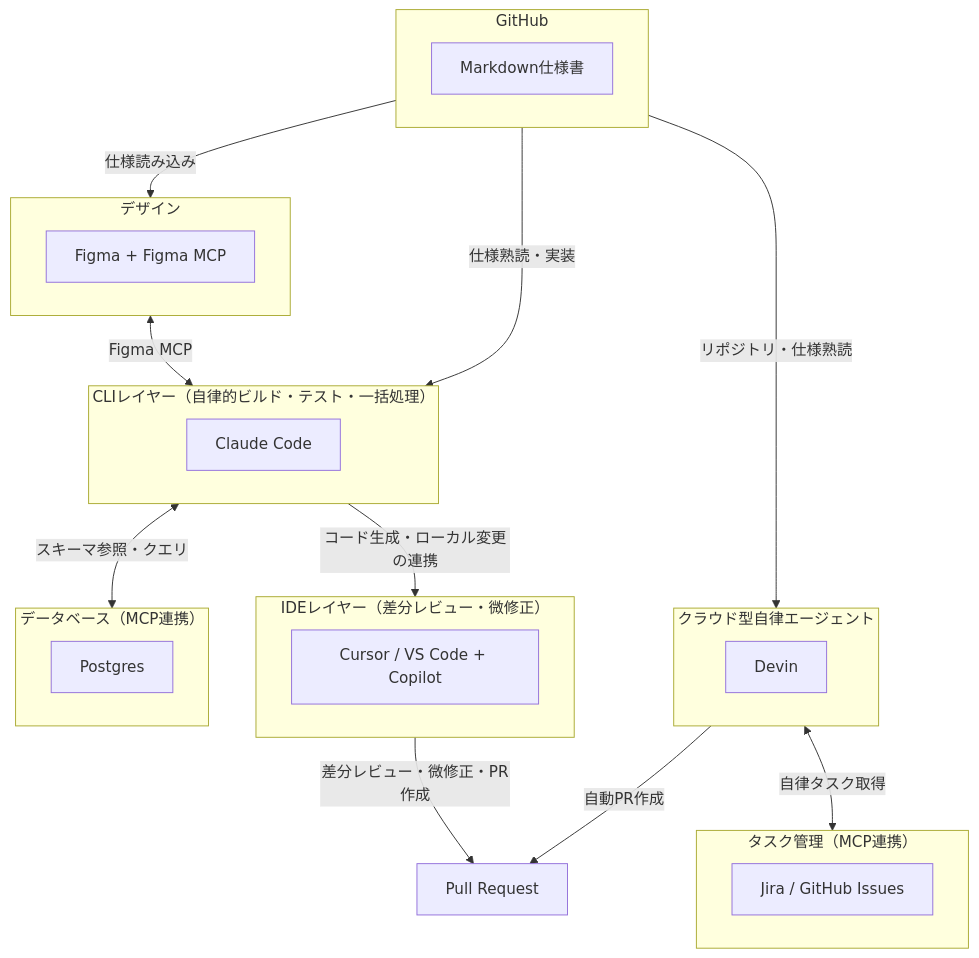
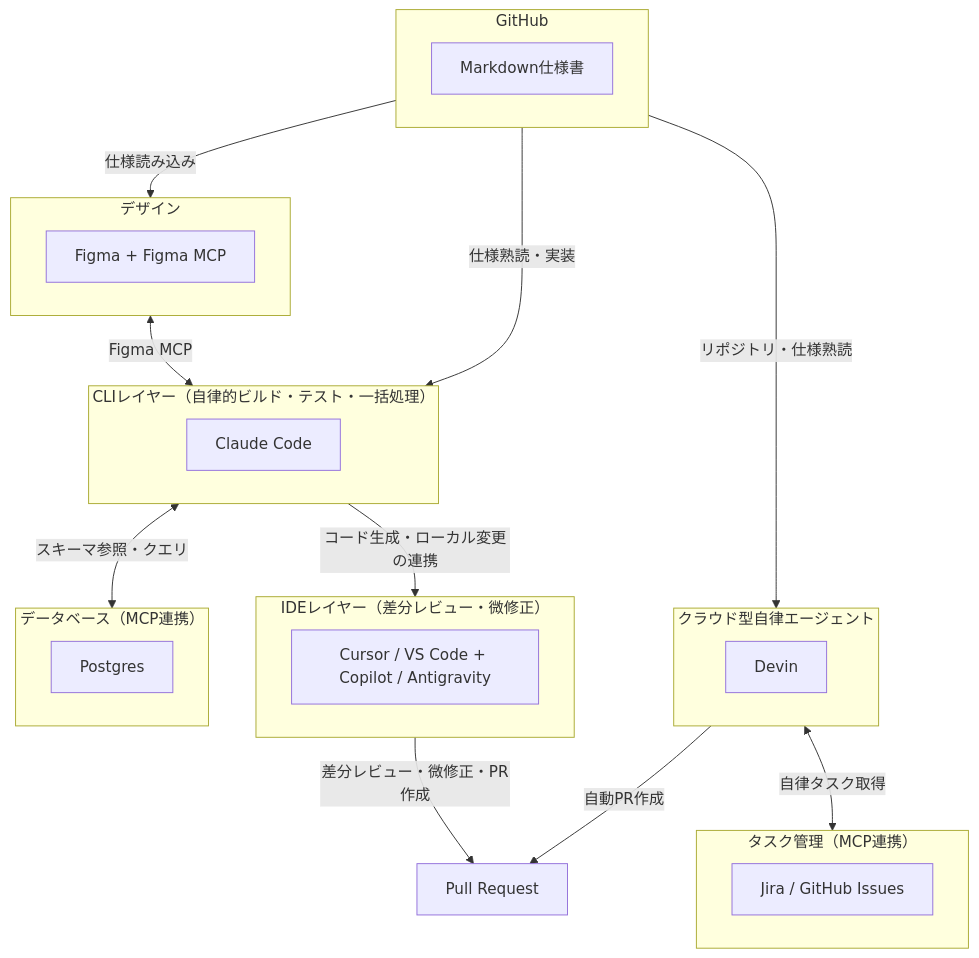
One commit to takuma39/ai changed diagram 15 of 38 in AI駆動開発.md. Above: the diagram before and after it, drawn with Mermaid. The commit also changed other lines of this file, not shown here.

````diff
--- a/AI駆動開発.md
+++ b/AI駆動開発.md
@@ -502,42 +503,42 @@
 ```mermaid
 graph TD
     subgraph github["GitHub"]
         MD["Markdown仕様書"]
     end
 
     subgraph figma_ui["デザイン"]
         Figma["Figma + Figma MCP"]
     end
 
     subgraph cli["CLIレイヤー（自律的ビルド・テスト・一括処理）"]
         CC["Claude Code"]
     end
 
     subgraph ide["IDEレイヤー（差分レビュー・微修正）"]
-        Cursor["Cursor / VS Code + Copilot"]
+        Cursor["Cursor / VS Code + Copilot / Antigravity"]
     end
 
     subgraph saas_agent["クラウド型自律エージェント"]
         Devin["Devin"]
     end
 
     subgraph database["データベース（MCP連携）"]
         DB["Postgres"]
     end
 
     subgraph tasks["タスク管理（MCP連携）"]
         Jira["Jira / GitHub Issues"]
     end
 
     PR["Pull Request"]
 
     github -->|"仕様読み込み"| figma_ui
     figma_ui <-->|"Figma MCP"| cli
     github -->|"仕様熟読・実装"| cli
     github -->|"リポジトリ・仕様熟読"| saas_agent
     cli <-->|"スキーマ参照・クエリ"| database
     cli -->|"コード生成・ローカル変更の連携"| ide
     ide -->|"差分レビュー・微修正・PR作成"| PR
     saas_agent -->|"自動PR作成"| PR
     saas_agent <-->|"自律タスク取得"| tasks
 ```
````
